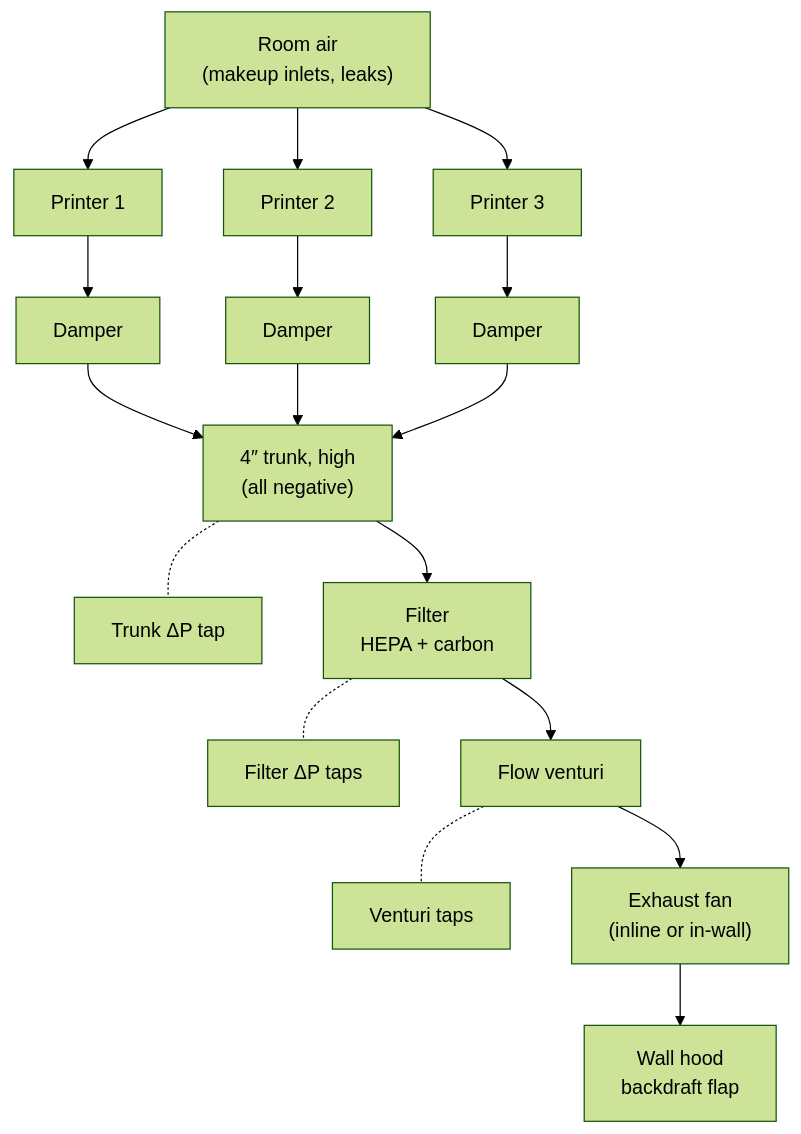
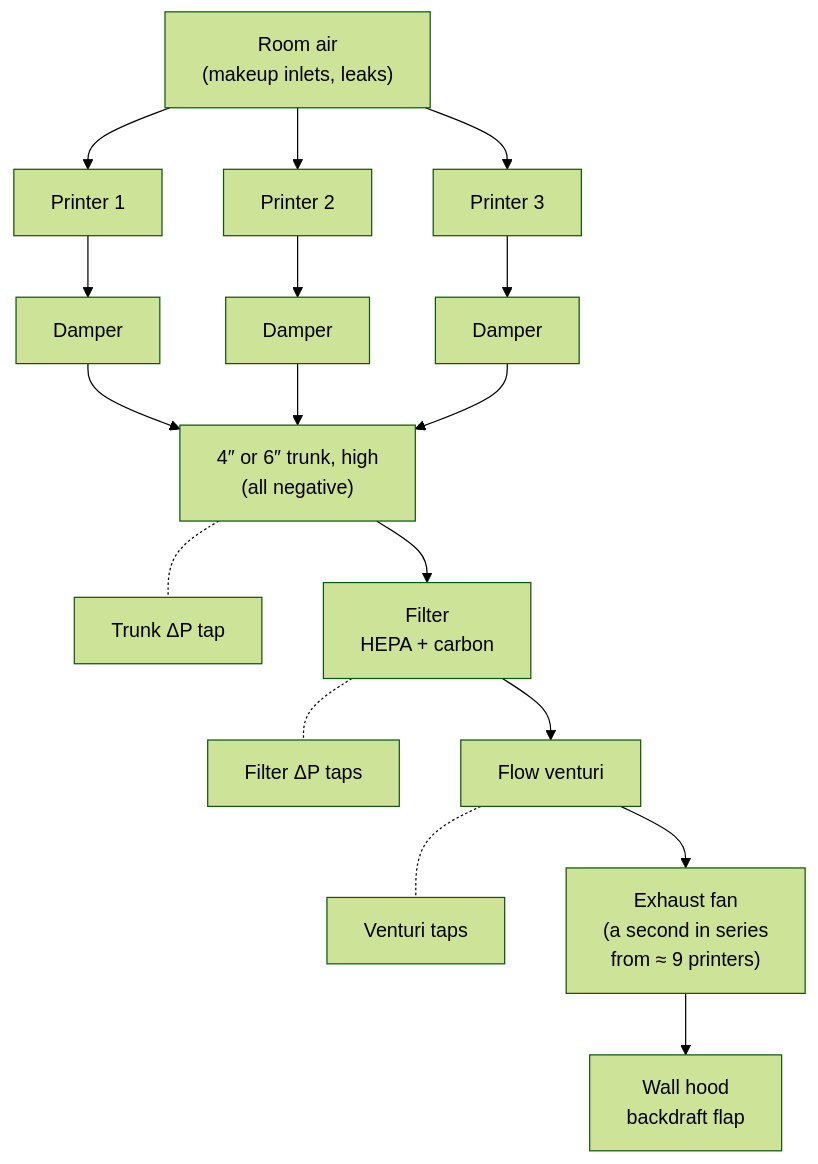
One commit to BashfulBits/3dp-fleet-exhaust changed the first of 8 diagrams in docs/06_pneumatics_and_ducting.md. Above: the diagram before and after it, drawn with Mermaid (forest theme). The commit also changed other lines of this file and 10 other files, not shown here.

First line of the commit message:
D95: airflow budget, 6-inch duct kit and second fan for larger fleets, 6-pin fan port that fails to full speed, external fan jacks on B2

````diff
--- a/docs/06_pneumatics_and_ducting.md
+++ b/docs/06_pneumatics_and_ducting.md
@@ -9,17 +9,17 @@
 ```mermaid
 flowchart TB
   RA["Room air<br>(makeup inlets, leaks)"]
   RA --> A1["Printer 1"] --> D1["Damper"]
   RA --> A2["Printer 2"] --> D2["Damper"]
   RA --> P3["Printer 3"] --> D3["Damper"]
-  D1 --> TR["4″ trunk, high<br>(all negative)"]
+  D1 --> TR["4″ or 6″ trunk, high<br>(all negative)"]
   D2 --> TR
   D3 --> TR
   TR -.- TT["Trunk ΔP tap"]
   TR --> FI["Filter<br>HEPA + carbon"]
   FI -.- FT["Filter ΔP taps"]
   FI --> VE["Flow venturi"]
   VE -.- VT["Venturi taps"]
-  VE --> FAN["Exhaust fan<br>(inline or in-wall)"]
+  VE --> FAN["Exhaust fan<br>(a second in series<br>from ≈ 9 printers)"]
   FAN --> HOOD["Wall hood<br>backdraft flap"]
 ```
````
